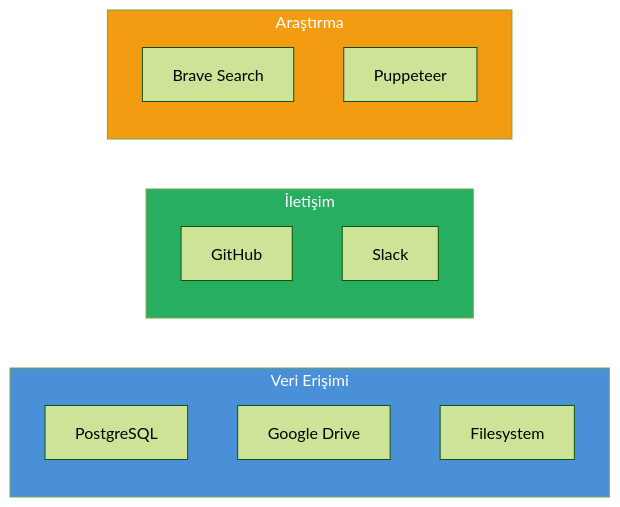
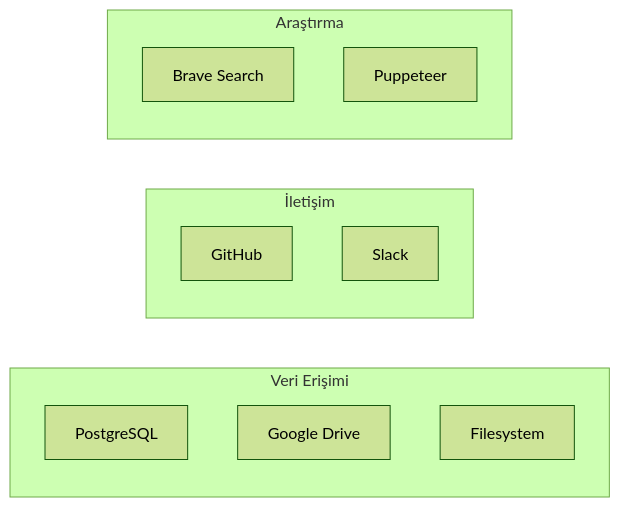
Before and after one commit to IzzetYasinAtes/ClaudeCodeHandbook: the second of 2 diagrams in 11-mcp/03-hazir-mcp-sunuculari.md, drawn with Mermaid (forest theme). The commit also changed other lines of this file and 97 other files, not shown here.

Commit message:
Remove all custom Mermaid style/fill colors from 98 markdown files for consistent dark theme rendering

````diff
--- a/11-mcp/03-hazir-mcp-sunuculari.md
+++ b/11-mcp/03-hazir-mcp-sunuculari.md
@@ -423,22 +420,19 @@
 ```mermaid
 flowchart LR
     subgraph veri ["Veri Erişimi"]
         PostgreSQL
         Google_Drive["Google Drive"]
         Filesystem
     end
 
     subgraph iletisim ["İletişim"]
         GitHub
         Slack
     end
 
     subgraph arastirma ["Araştırma"]
         Brave_Search["Brave Search"]
         Puppeteer
     end
 
-    style veri fill:#4A90D9,color:#fff
-    style iletisim fill:#27AE60,color:#fff
-    style arastirma fill:#F39C12,color:#fff
 ```
````
